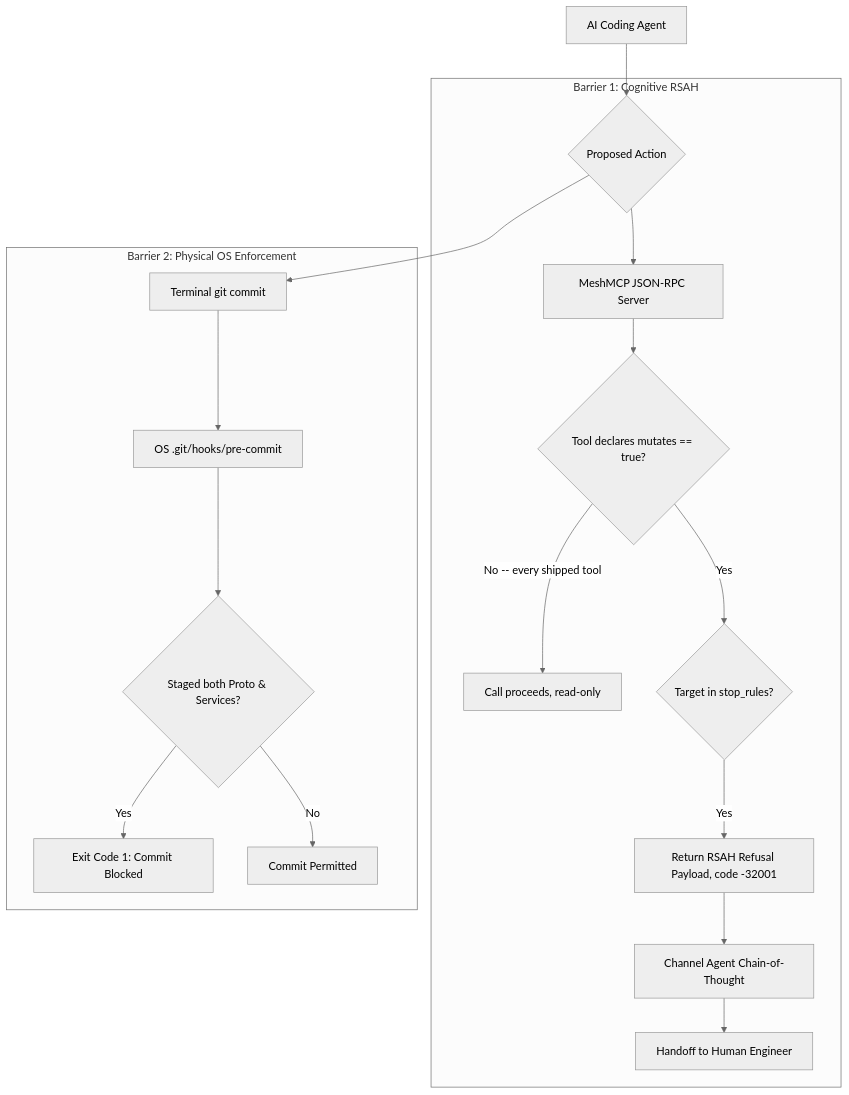
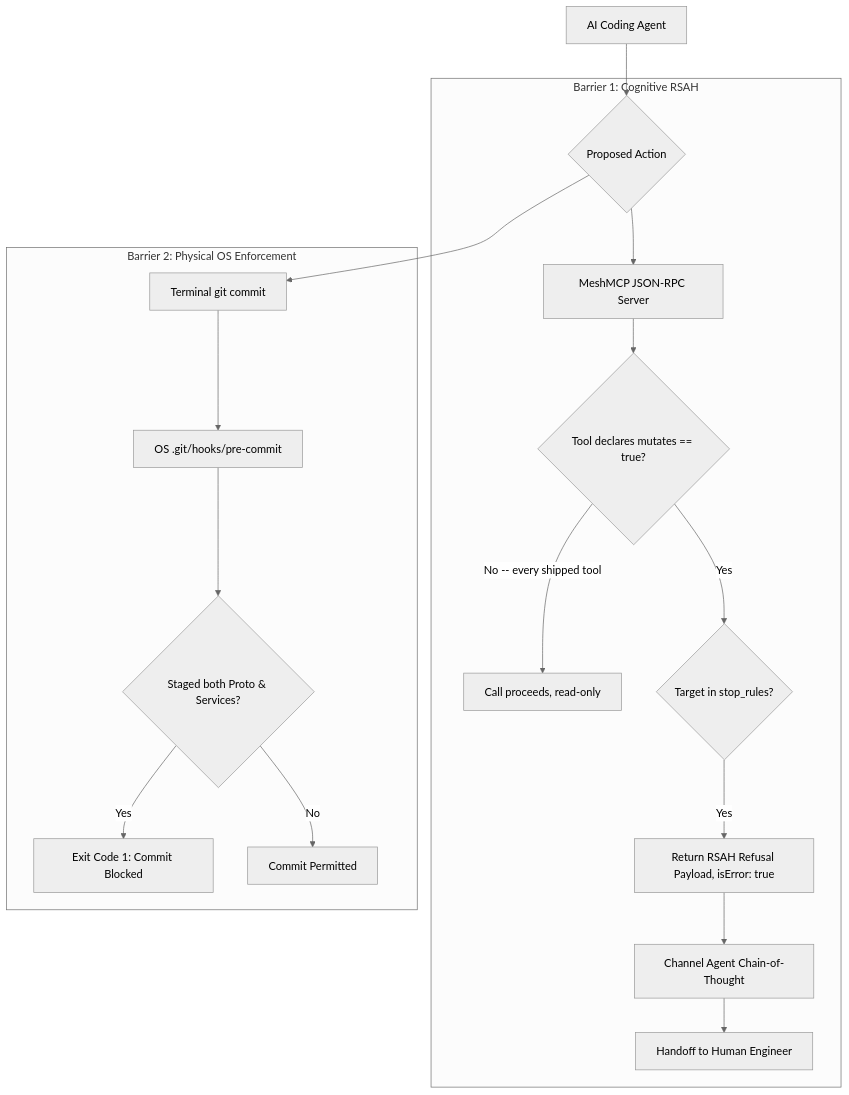
Before and after one commit to VictorAgahi/causalmesh: the diagram in docs/governance-rsah.md, drawn with Mermaid (neutral theme). The commit also changed other lines of this file and 12 other files, not shown here.

````diff
--- a/docs/governance-rsah.md
+++ b/docs/governance-rsah.md
@@ -26,22 +26,22 @@
 ```mermaid
 graph TD
     Agent[AI Coding Agent] --> Action{Proposed Action}
     
     subgraph Barrier 1: Cognitive RSAH
         Action --> Server[MeshMCP JSON-RPC Server]
         Server --> MutCheck{Tool declares mutates == true?}
         MutCheck -->|No -- every shipped tool| Allowed2[Call proceeds, read-only]
         MutCheck -->|Yes| GovCheck{Target in stop_rules?}
-        GovCheck -->|Yes| RSAH[Return RSAH Refusal Payload, code -32001]
+        GovCheck -->|Yes| RSAH[Return RSAH Refusal Payload, isError: true]
         RSAH --> ChannelCoT[Channel Agent Chain-of-Thought]
         ChannelCoT --> Human[Handoff to Human Engineer]
     end
 
     subgraph Barrier 2: Physical OS Enforcement
         Action --> GitCommit[Terminal git commit]
         GitCommit --> PreCommit[OS .git/hooks/pre-commit]
         PreCommit --> DiffCheck{Staged both Proto & Services?}
         DiffCheck -->|Yes| Abort[Exit Code 1: Commit Blocked]
         DiffCheck -->|No| Allowed[Commit Permitted]
     end
 ```
````
